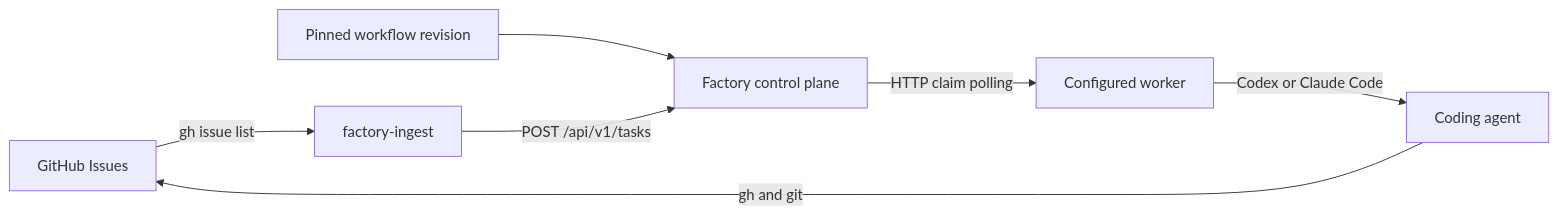
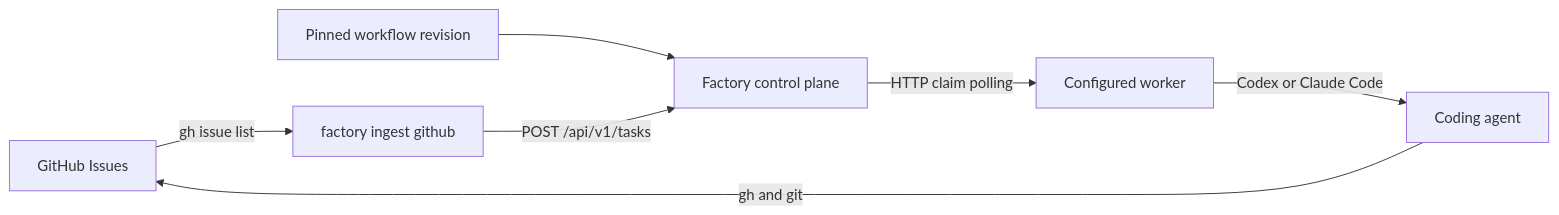
Before and after one commit to owainlewis/factory: the diagram in docs/v2-github-ingest/design.md, drawn with Mermaid. The commit also changed other lines of this file and 1 other file, not shown here.

Commit message:
docs: design unified Factory CLI

````diff
--- a/docs/v2-github-ingest/design.md
+++ b/docs/v2-github-ingest/design.md
@@ -46,9 +46,9 @@
 ```mermaid
 flowchart LR
-    GH["GitHub Issues"] -->|"gh issue list"| I["factory-ingest"]
+    GH["GitHub Issues"] -->|"gh issue list"| I["factory ingest github"]
     F["Pinned workflow revision"] --> CP
     I -->|"POST /api/v1/tasks"| CP["Factory control plane"]
     CP -->|"HTTP claim polling"| W["Configured worker"]
     W -->|"Codex or Claude Code"| A["Coding agent"]
     A -->|"gh and git"| GH
 ```
````
